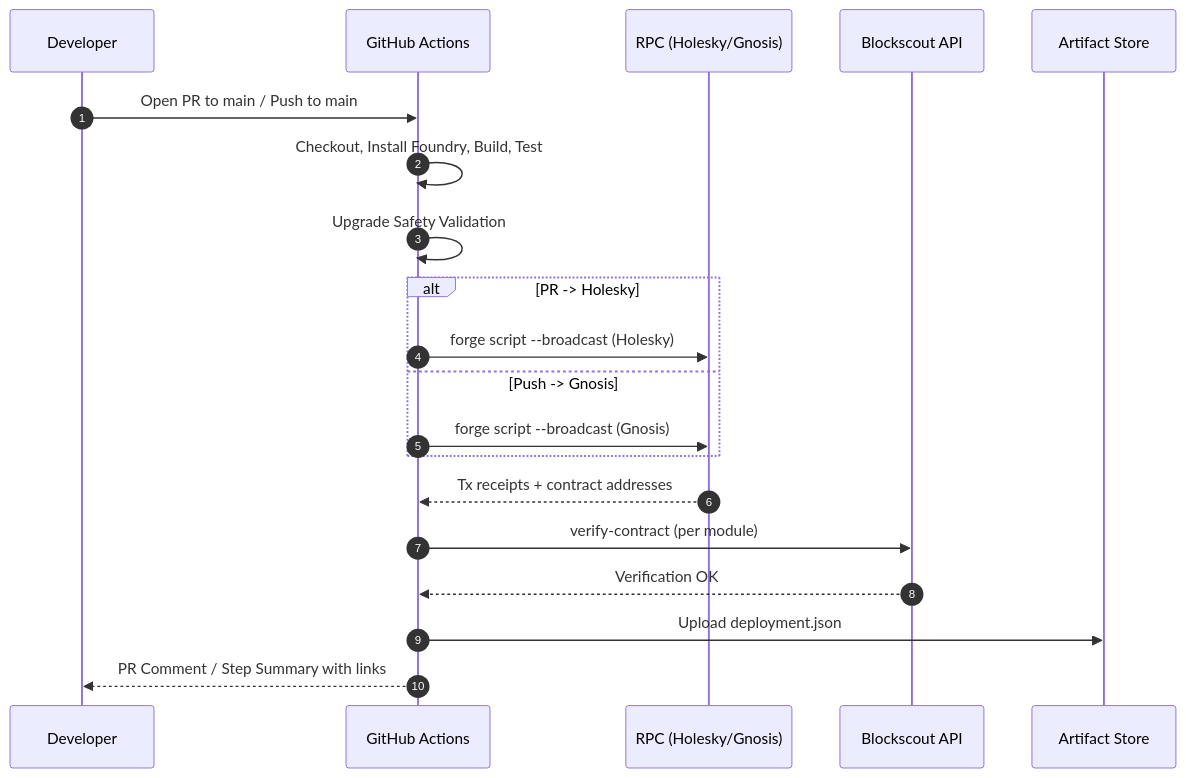
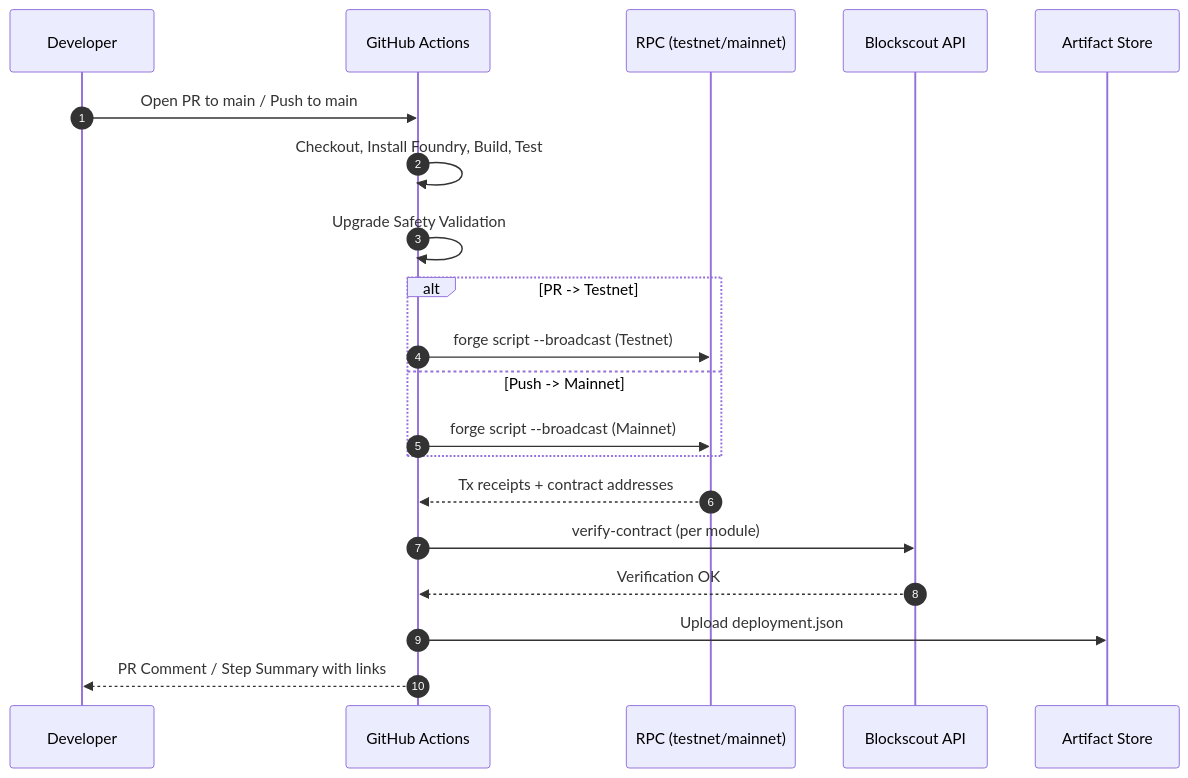
Before and after one commit to BreadchainCoop/etherform: the first of 3 diagrams in docs/specs/ci-cd-automated-deployments.md, drawn with Mermaid. The commit also changed other lines of this file, not shown here.

Commit message:
docs: make networks configurable (rename Holesky/Gnosis → testnet/mainnet)

````diff
--- a/docs/specs/ci-cd-automated-deployments.md
+++ b/docs/specs/ci-cd-automated-deployments.md
@@ -144,23 +144,23 @@
 ```mermaid
 sequenceDiagram
    autonumber
    participant Dev as Developer
    participant GH as GitHub Actions
-   participant RPC as RPC (Holesky/Gnosis)
+   participant RPC as RPC (testnet/mainnet)
    participant BS as Blockscout API
    participant ART as Artifact Store
 
    Dev->>GH: Open PR to main / Push to main
    GH->>GH: Checkout, Install Foundry, Build, Test
    GH->>GH: Upgrade Safety Validation
-   alt PR -> Holesky
-     GH->>RPC: forge script --broadcast (Holesky)
-   else Push -> Gnosis
-     GH->>RPC: forge script --broadcast (Gnosis)
+   alt PR -> Testnet
+     GH->>RPC: forge script --broadcast (Testnet)
+   else Push -> Mainnet
+     GH->>RPC: forge script --broadcast (Mainnet)
    end
    RPC-->>GH: Tx receipts + contract addresses
    GH->>BS: verify-contract (per module)
    BS-->>GH: Verification OK
    GH->>ART: Upload deployment.json
    GH-->>Dev: PR Comment / Step Summary with links
 ```
````
